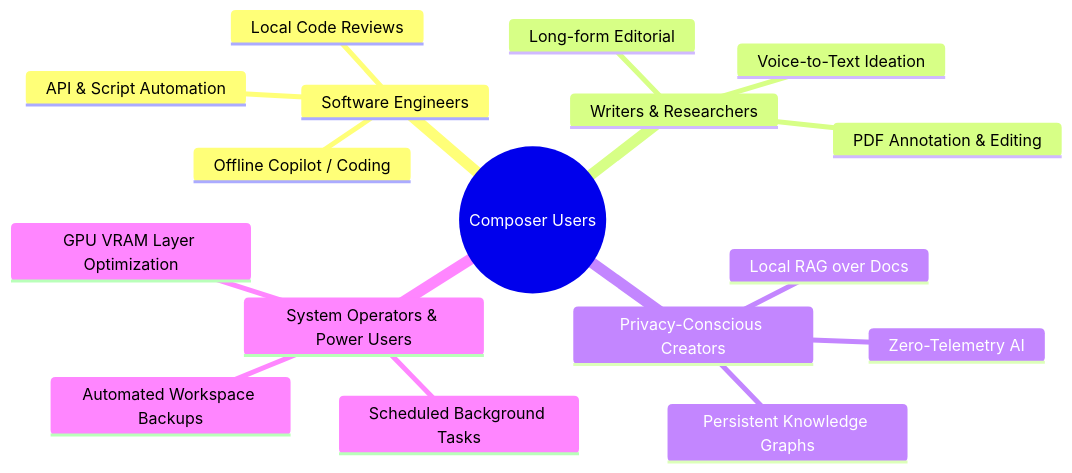
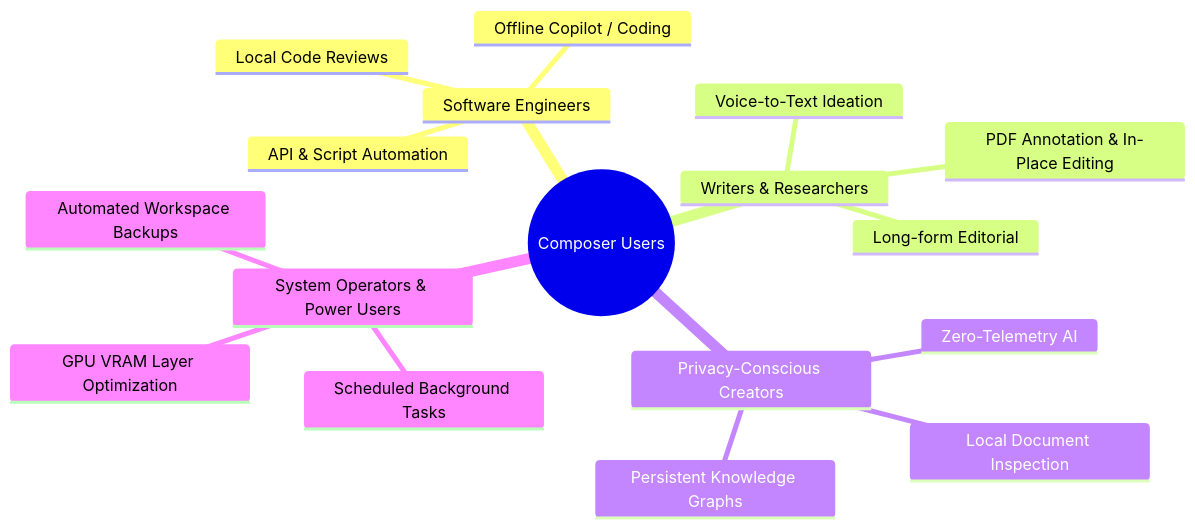
Before and after one commit to zishan049/Composer: the first of 11 diagrams in PRD.md, drawn with Mermaid. The commit also changed other lines of this file and 25 other files, not shown here.

Commit message:
feat: initialize Tauri backend with file operations, task scheduler, and React UI components for document, image, and PDF management.

````diff
--- a/PRD.md
+++ b/PRD.md
@@ -27,20 +27,20 @@
 ```mermaid
 mindmap
   root((Composer Users))
     Software Engineers
       Local Code Reviews
       API & Script Automation
       Offline Copilot / Coding
     Writers & Researchers
       Long-form Editorial
-      PDF Annotation & Editing
+      PDF Annotation & In-Place Editing
       Voice-to-Text Ideation
     Privacy-Conscious Creators
       Zero-Telemetry AI
-      Local RAG over Docs
+      Local Document Inspection
       Persistent Knowledge Graphs
     System Operators & Power Users
       Scheduled Background Tasks
       Automated Workspace Backups
       GPU VRAM Layer Optimization
 ```
````
